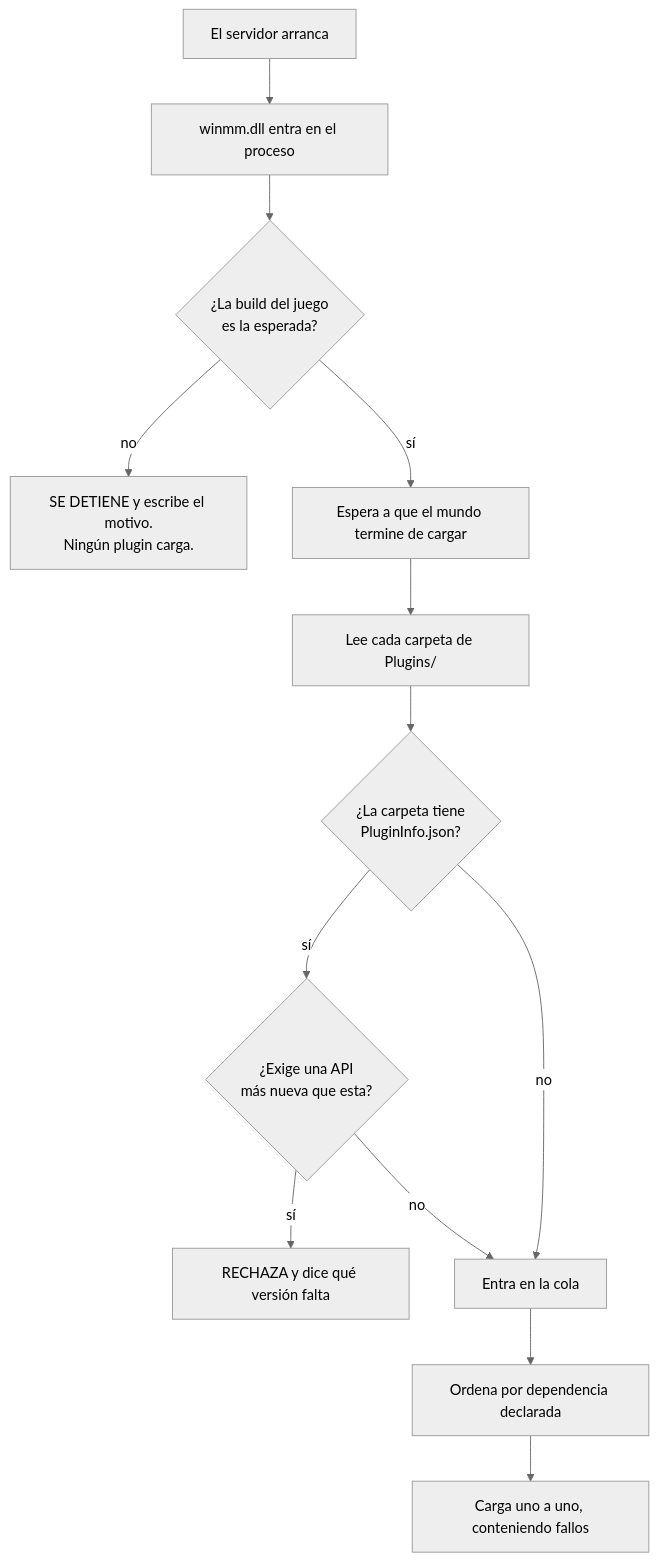
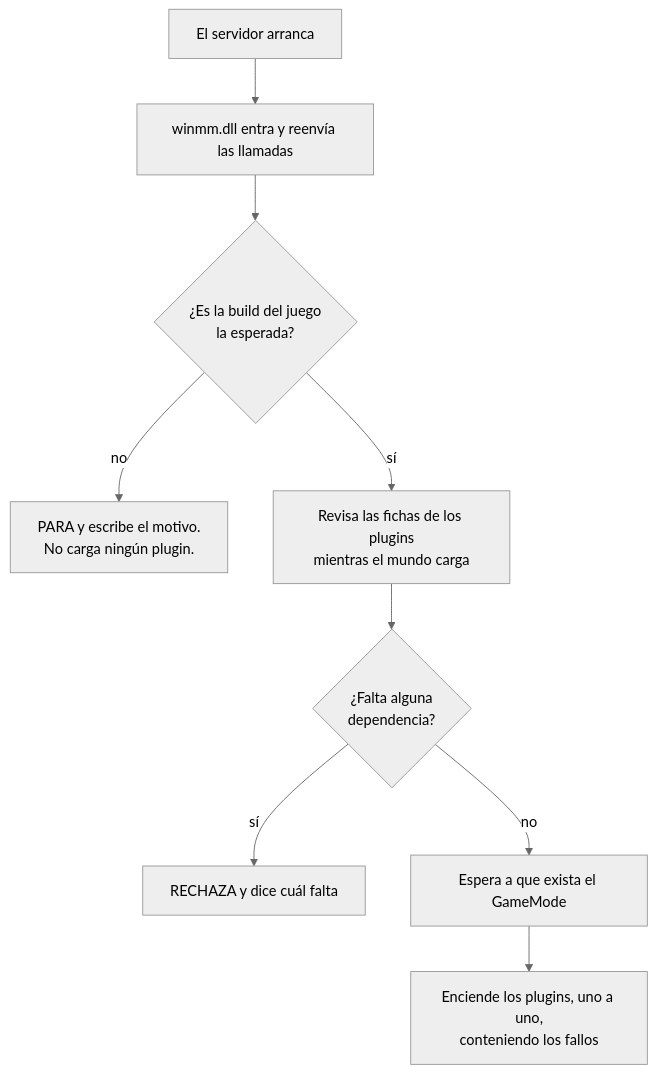
The diagram in doc/README.es.md (andrew-mauricio/Conan-Api), drawn with Mermaid (neutral theme) before and after one commit. The commit also changed other lines of this file, not shown here.

````diff
--- a/doc/README.es.md
+++ b/doc/README.es.md
@@ -103,15 +154,11 @@
 ```mermaid
 flowchart TD
-    A[El servidor arranca] --> B[winmm.dll entra en el proceso]
-    B --> C{¿La build del juego<br/>es la esperada?}
-    C -->|no| D[SE DETIENE y escribe el motivo.<br/>Ningún plugin carga.]
-    C -->|sí| E[Espera a que el mundo termine de cargar]
-    E --> F[Lee cada carpeta de Plugins/]
-    F --> G{¿La carpeta tiene<br/>PluginInfo.json?}
-    G -->|sí| H{¿Exige una API<br/>más nueva que esta?}
-    H -->|sí| I[RECHAZA y dice qué versión falta]
-    H -->|no| J[Entra en la cola]
-    G -->|no| J
-    J --> K[Ordena por dependencia declarada]
-    K --> L[Carga uno a uno, conteniendo fallos]
+    A[El servidor arranca] --> B[winmm.dll entra y reenvía las llamadas]
+    B --> C{¿Es la build del juego<br/>la esperada?}
+    C -->|no| D[PARA y escribe el motivo.<br/>No carga ningún plugin.]
+    C -->|sí| E[Revisa las fichas de los plugins<br/>mientras el mundo carga]
+    E --> F{¿Falta alguna<br/>dependencia?}
+    F -->|sí| G[RECHAZA y dice cuál falta]
+    F -->|no| H[Espera a que exista el GameMode]
+    H --> I[Enciende los plugins, uno a uno,<br/>conteniendo los fallos]
 ```
````
